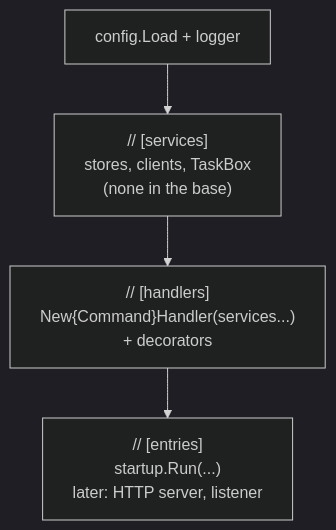
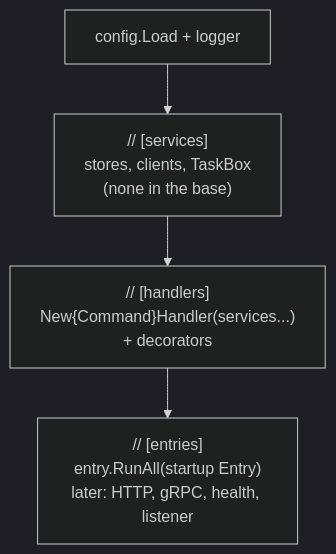
The diagram in library/architecture/go/base-plateau-in-go.skill/glossary/composition-root.md (InsonusK/ai-skills), drawn with Mermaid (dark theme) before and after one commit. The commit also changed other lines of this file and 105 other files, not shown here.

First line of the commit message:
feat(architecture): health variation point on the management port; one runner for every entry point

````diff
--- a/library/architecture/go/base-plateau-in-go.skill/glossary/composition-root.md
+++ b/library/architecture/go/base-plateau-in-go.skill/glossary/composition-root.md
@@ -15,6 +15,6 @@
 ```mermaid
 flowchart TB
     C["config.Load + logger"] --> S["// [services]<br/>stores, clients, TaskBox<br/>(none in the base)"]
     S --> H["// [handlers]<br/>New{Command}Handler(services...)<br/>+ decorators"]
-    H --> E["// [entries]<br/>startup.Run(...)<br/>later: HTTP server, listener"]
+    H --> E["// [entries]<br/>entry.RunAll(startup Entry)<br/>later: HTTP, gRPC, health, listener"]
 ```
````
